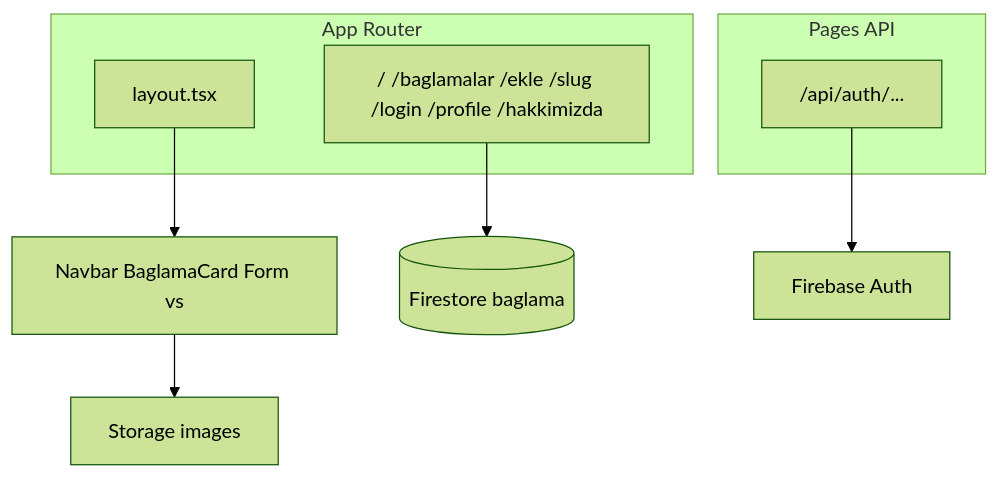
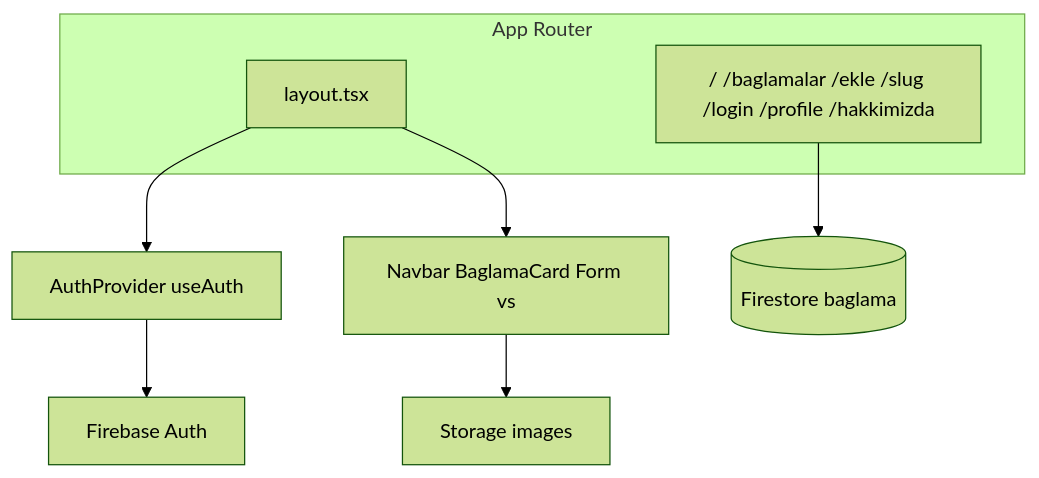
One commit to SalihTpc/biladerlermuzik changed the diagram in DOKUMANTASYON.md. Above: the diagram before and after it, drawn with Mermaid (forest theme). The commit also changed other lines of this file and 43 other files, not shown here.

````diff
--- a/DOKUMANTASYON.md
+++ b/DOKUMANTASYON.md
@@ -26,14 +26,12 @@
 ```mermaid
 flowchart TB
   subgraph ui [App Router]
     Layout[layout.tsx]
     Routes["/ /baglamalar /ekle /slug /login /profile /hakkimizda"]
   end
-  subgraph api [Pages API]
-    NextAuth["/api/auth/..."]
-  end
+  Layout --> AuthProvider[AuthProvider useAuth]
   Layout --> Components[Navbar BaglamaCard Form vs]
+  AuthProvider --> FirebaseAuth[Firebase Auth]
   Routes --> FirebaseFS[(Firestore baglama)]
-  NextAuth --> FirebaseAuth[Firebase Auth]
   Components --> FirebaseStorage[Storage images]
 ```
````
